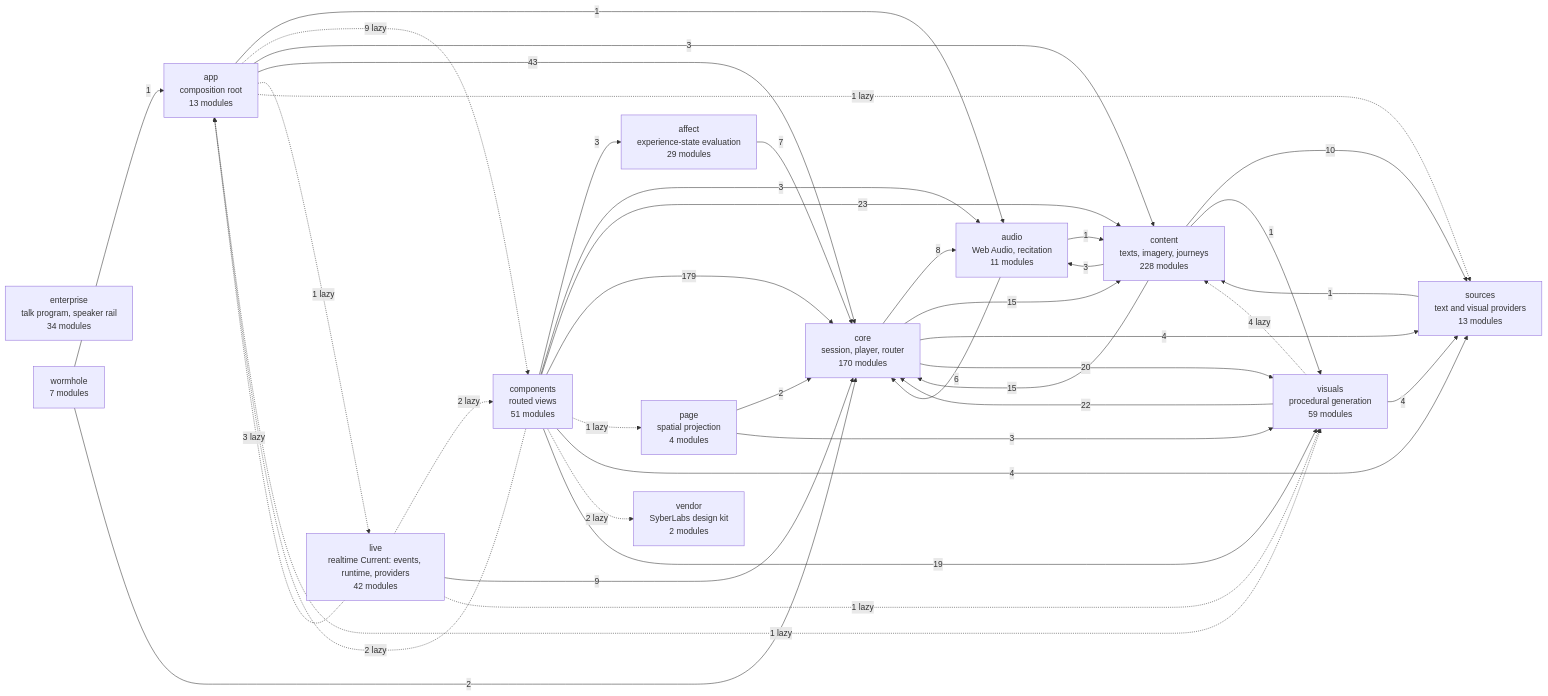
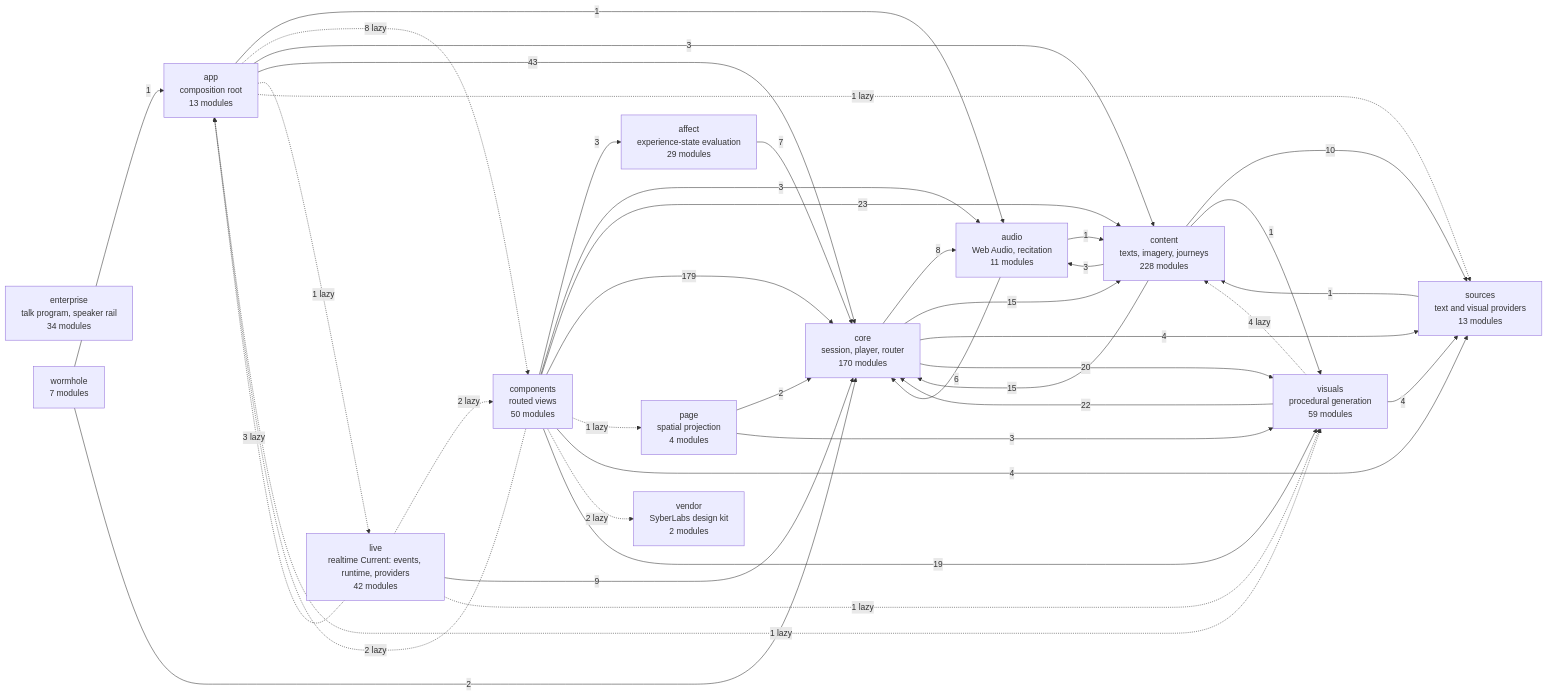
The diagram in docs/specs/ARCHITECTURE.md (SyberLabs/RISE), drawn with Mermaid before and after one commit. The commit also changed other lines of this file and 18 other files, not shown here.

````diff
--- a/docs/specs/ARCHITECTURE.md
+++ b/docs/specs/ARCHITECTURE.md
@@ -154,56 +154,56 @@
 ```mermaid
 flowchart LR
     affect["affect<br/>experience-state evaluation<br/>29 modules"]
     app["app<br/>composition root<br/>13 modules"]
     audio["audio<br/>Web Audio, recitation<br/>11 modules"]
-    components["components<br/>routed views<br/>51 modules"]
+    components["components<br/>routed views<br/>50 modules"]
     content["content<br/>texts, imagery, journeys<br/>228 modules"]
     core["core<br/>session, player, router<br/>170 modules"]
     enterprise["enterprise<br/>talk program, speaker rail<br/>34 modules"]
     live["live<br/>realtime Current: events, runtime, providers<br/>42 modules"]
     page["page<br/>spatial projection<br/>4 modules"]
     sources["sources<br/>text and visual providers<br/>13 modules"]
     vendor["vendor<br/>SyberLabs design kit<br/>2 modules"]
     visuals["visuals<br/>procedural generation<br/>59 modules"]
     wormhole["wormhole<br/>7 modules"]
 
     affect --> |7| core
     app --> |1| audio
-    app -.-> |9 lazy| components
+    app -.-> |8 lazy| components
     app --> |3| content
     app --> |43| core
     app -.-> |1 lazy| live
     app -.-> |1 lazy| sources
     app -.-> |1 lazy| visuals
     audio --> |1| content
     audio --> |6| core
     components --> |3| affect
     components -.-> |2 lazy| app
     components --> |3| audio
     components --> |23| content
     components --> |179| core
     components -.-> |1 lazy| page
     components --> |4| sources
     components -.-> |2 lazy| vendor
     components --> |19| visuals
     content --> |3| audio
     content --> |15| core
     content --> |10| sources
     content --> |1| visuals
     core --> |8| audio
     core --> |15| content
     core --> |4| sources
     core --> |20| visuals
     live -.-> |3 lazy| app
     live -.-> |2 lazy| components
     live --> |9| core
     live -.-> |1 lazy| visuals
     page --> |2| core
     page --> |3| visuals
     sources --> |1| content
     visuals -.-> |4 lazy| content
     visuals --> |22| core
     visuals --> |4| sources
     wormhole --> |1| app
     wormhole --> |2| core
 ```
````
